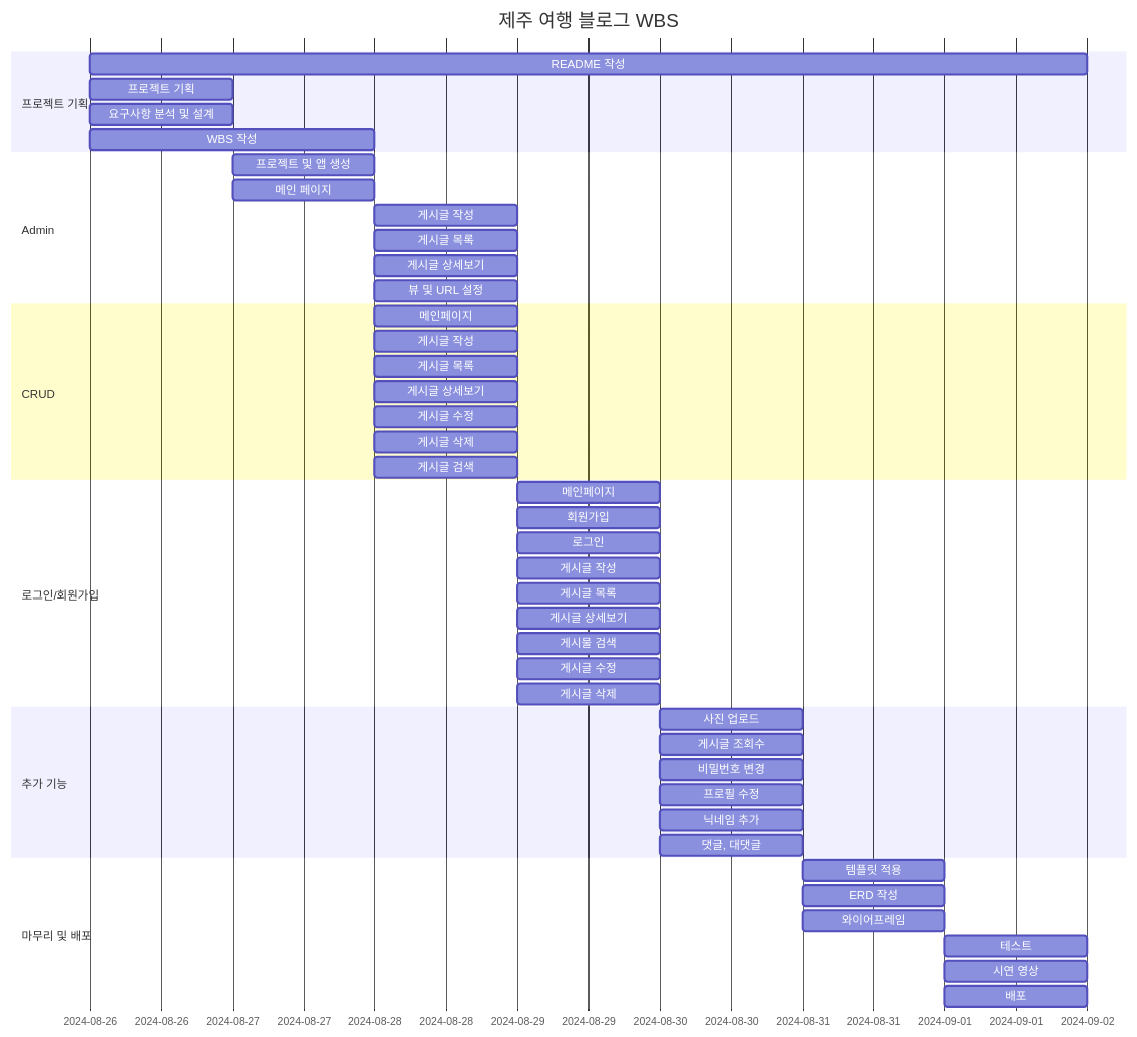
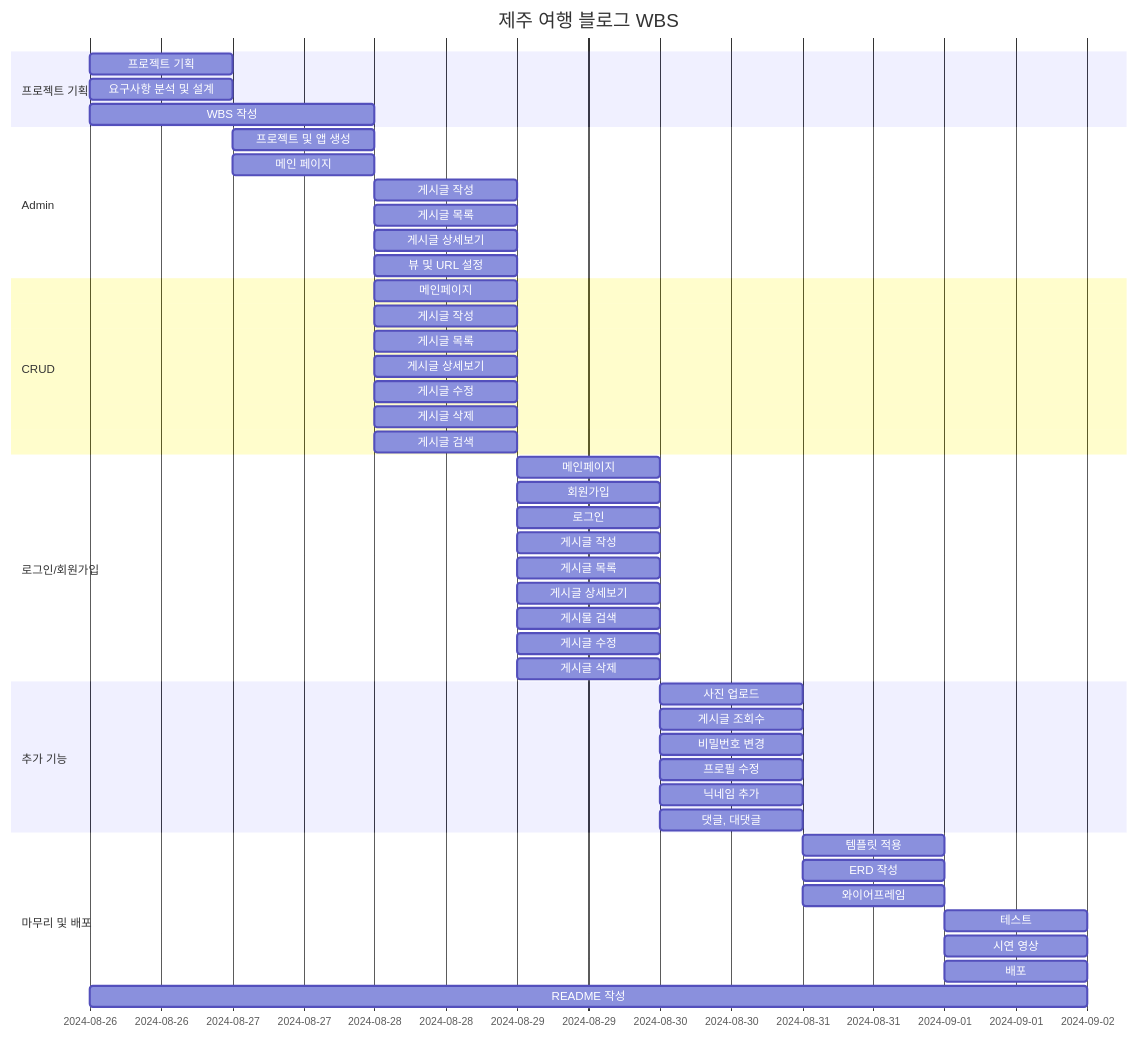
The diagram in README.md (whaehofk521/Django_JejuTravelBlog), drawn with Mermaid before and after one commit. The commit also changed other lines of this file, not shown here.

````diff
--- a/README.md
+++ b/README.md
@@ -11,51 +11,51 @@
 ```mermaid
 gantt
     title 제주 여행 블로그 WBS
     dateFormat  YYYY-MM-DD
     section 프로젝트 기획
-    README 작성 :2024-08-26, 7d
     프로젝트 기획   :2024-08-26, 1d
     요구사항 분석 및 설계 :2024-08-26, 1d
     WBS 작성 :2024-08-26, 2d
     section Admin
     프로젝트 및 앱 생성   :2024-08-27, 1d
     메인 페이지 :2024-08-27, 1d
     게시글 작성 : 2024-08-28, 1d
     게시글 목록 :2024-08-28, 1d
     게시글 상세보기 : 2024-08-28, 1d
     뷰 및 URL 설정 :2024-08-28, 1d
     section CRUD
     메인페이지 :2024-08-28, 1d
     게시글 작성 :2024-08-28, 1d
     게시글 목록 :2024-08-28, 1d
     게시글 상세보기 :2024-08-28, 1d
     게시글 수정 :2024-08-28, 1d
     게시글 삭제 :2024-08-28, 1d
     게시글 검색 :2024-08-28, 1d
     %% 모델 설계 및 구현 :2024-08-27, 1d
     section 로그인/회원가입
     메인페이지 :2024-08-29, 1d
     회원가입 :2024-08-29, 1d
     로그인 :2024-08-29, 1d
     게시글 작성 :2024-08-29, 1d
     게시글 목록 :2024-08-29, 1d
     게시글 상세보기 :2024-08-29, 1d
     게시물 검색 :2024-08-29, 1d
     게시글 수정 :2024-08-29, 1d
     게시글 삭제 :2024-08-29, 1d
     section 추가 기능
     사진 업로드 :2024-08-30, 1d
     게시글 조회수 :2024-08-30, 1d
     비밀번호 변경 :2024-08-30, 1d
     프로필 수정 :2024-08-30, 1d
     닉네임 추가 :2024-08-30, 1d
     댓글, 대댓글 :2024-08-30, 1d
     section 마무리 및 배포
     템플릿 적용 :2024-08-31, 1d
     ERD 작성 :2024-08-31, 1d
     와이어프레임 :2024-08-31, 1d
     %% section 테스트 및 배포
     테스트 :2024-09-01, 1d
     시연 영상 :2024-09-01, 1d
     배포 :2024-09-01, 1d
+    README 작성 :2024-08-26, 7d
 ```
````
